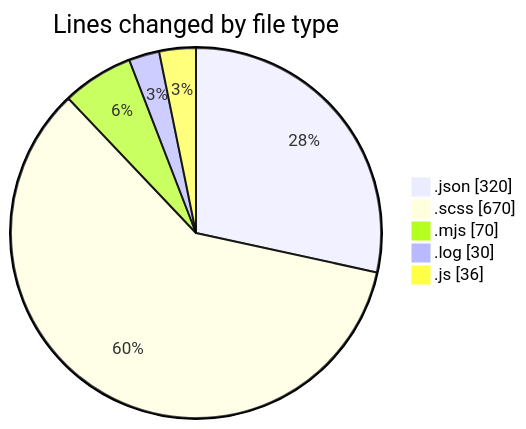
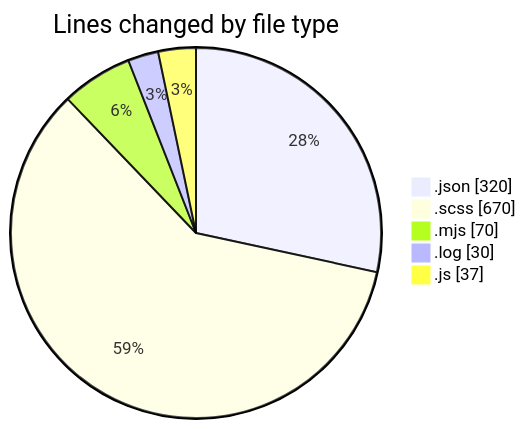
The first of 2 diagrams in 2026-08-12/cda/README.md (momahboobian/code-tracking), drawn with Mermaid before and after one commit. The commit also changed other lines of this file and 1 other file, not shown here.

````diff
--- a/2026-08-12/cda/README.md
+++ b/2026-08-12/cda/README.md
@@ -30,9 +30,9 @@
 ```mermaid
 pie showData
 title Lines changed by file type
 ".json" : 320
 ".scss" : 670
 ".mjs" : 70
 ".log" : 30
-".js" : 36
+".js" : 37
 ```
````
